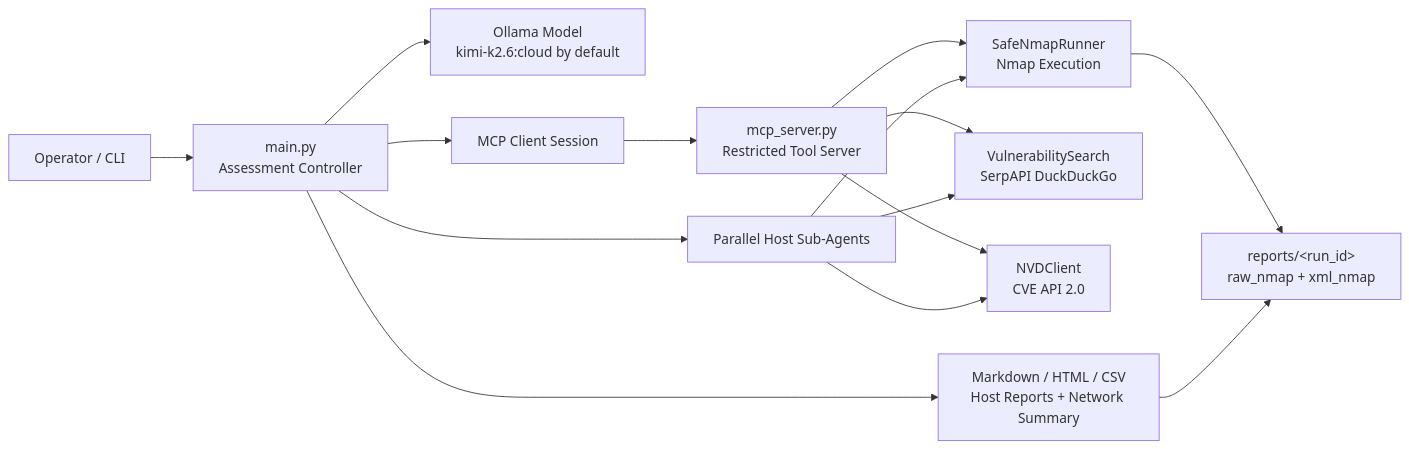
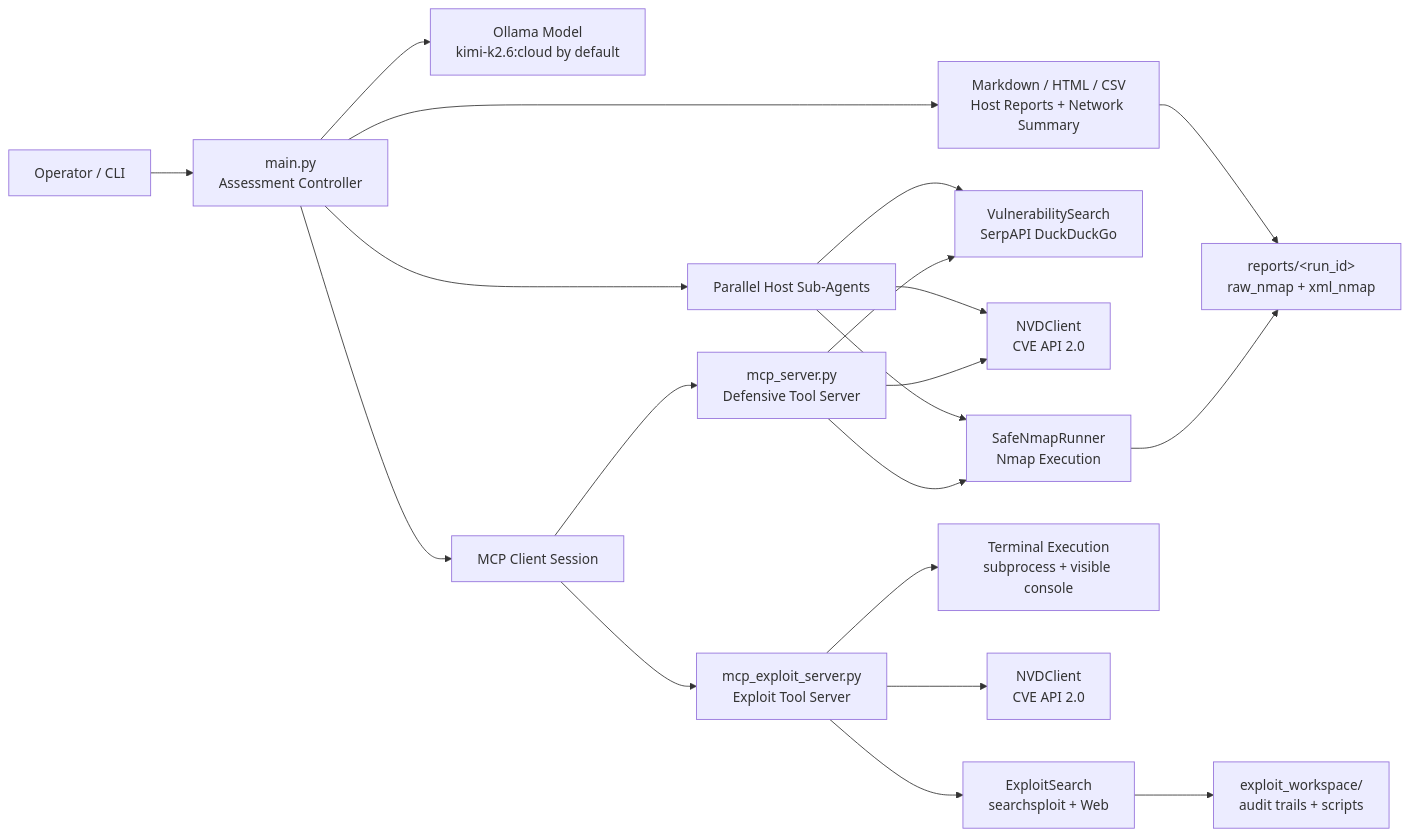
One commit to braydos-h/NetCheckAi changed the first of 3 diagrams in README.md. Above: the diagram before and after it, drawn with Mermaid. The commit also changed other lines of this file and 38 other files, not shown here.

````diff
--- a/README.md
+++ b/README.md
@@ -150,17 +150,22 @@
 ```mermaid
 flowchart LR
     Operator[Operator / CLI] --> Controller[main.py<br/>Assessment Controller]
     Controller --> Ollama[Ollama Model<br/>kimi-k2.6:cloud by default]
     Controller --> MCPClient[MCP Client Session]
-    MCPClient --> MCPServer[mcp_server.py<br/>Restricted Tool Server]
+    MCPClient --> MCPServer[mcp_server.py<br/>Defensive Tool Server]
+    MCPClient --> ExploitServer[mcp_exploit_server.py<br/>Exploit Tool Server]
     MCPServer --> Nmap[SafeNmapRunner<br/>Nmap Execution]
     MCPServer --> Search[VulnerabilitySearch<br/>SerpAPI DuckDuckGo]
     MCPServer --> NVD[NVDClient<br/>CVE API 2.0]
+    ExploitServer --> ExploitSearch[ExploitSearch<br/>searchsploit + Web]
+    ExploitServer --> ExploitTerminal[Terminal Execution<br/>subprocess + visible console]
+    ExploitServer --> ExploitNVD[NVDClient<br/>CVE API 2.0]
     Controller --> SubAgents[Parallel Host Sub-Agents]
     SubAgents --> Nmap
     SubAgents --> Search
     SubAgents --> NVD
     Nmap --> Artifacts[reports/&lt;run_id&gt;<br/>raw_nmap + xml_nmap]
+    ExploitSearch --> ExploitArtifacts[exploit_workspace/<br/>audit trails + scripts]
     Controller --> Reports[Markdown / HTML / CSV<br/>Host Reports + Network Summary]
     Reports --> Artifacts
 ```
````
